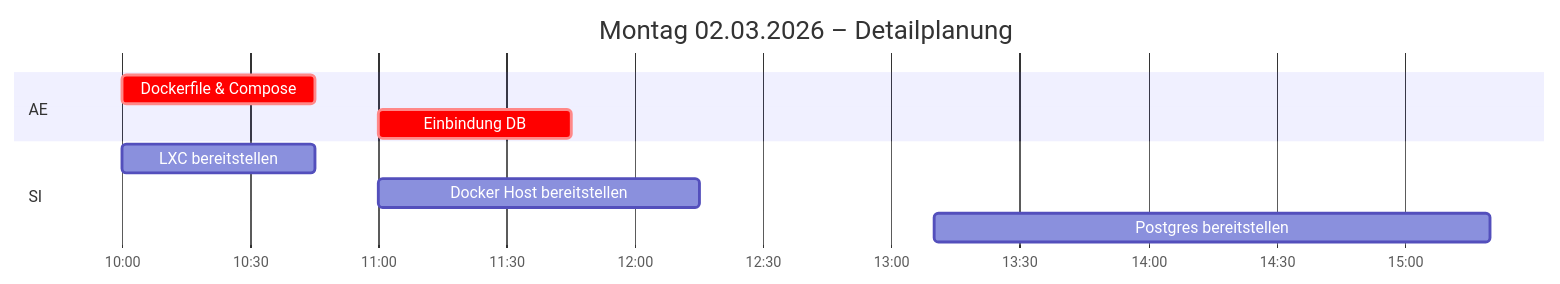
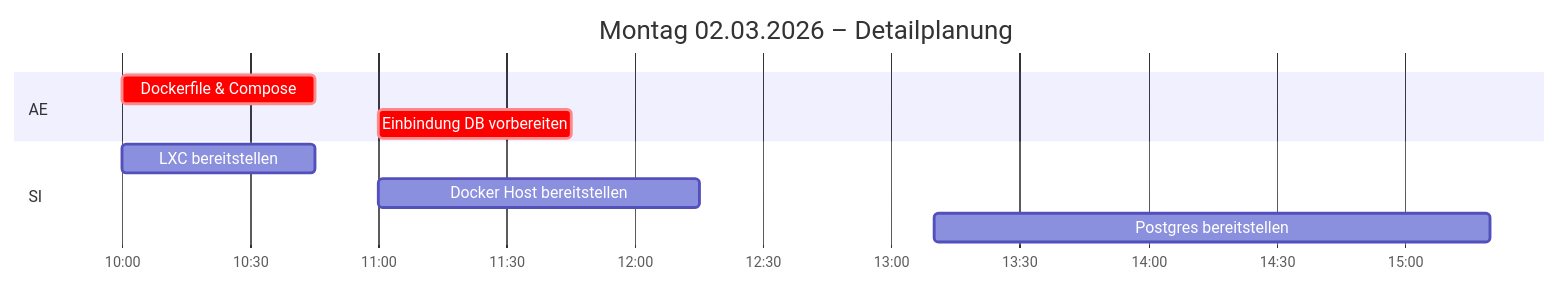
One commit to thivu2000/LF12-wrk-monitor changed the second of 5 diagrams in Pflichtenheft.md. Above: the diagram before and after it, drawn with Mermaid. The commit also changed other lines of this file, not shown here.

First line of the commit message:
Revise team members, add UML diagram and tech stack

````diff
--- a/Pflichtenheft.md
+++ b/Pflichtenheft.md
@@ -171,16 +214,16 @@
 ```mermaid
 gantt
     title Montag 02.03.2026 – Detailplanung
     dateFormat  YYYY-MM-DD HH:mm
     axisFormat  %H:%M
     todayMarker off
 
     section AE
     Dockerfile & Compose      :crit, 2026-03-02 10:00, 45m
-    Einbindung DB              :crit, 2026-03-02 11:00, 45m
+    Einbindung DB vorbereiten :crit, 2026-03-02 11:00, 45m
 
     section SI
     LXC bereitstellen          :2026-03-02 10:00, 45m
     Docker Host bereitstellen  :2026-03-02 11:00, 75m
     Postgres bereitstellen     :2026-03-02 13:10, 130m
 ```
````
